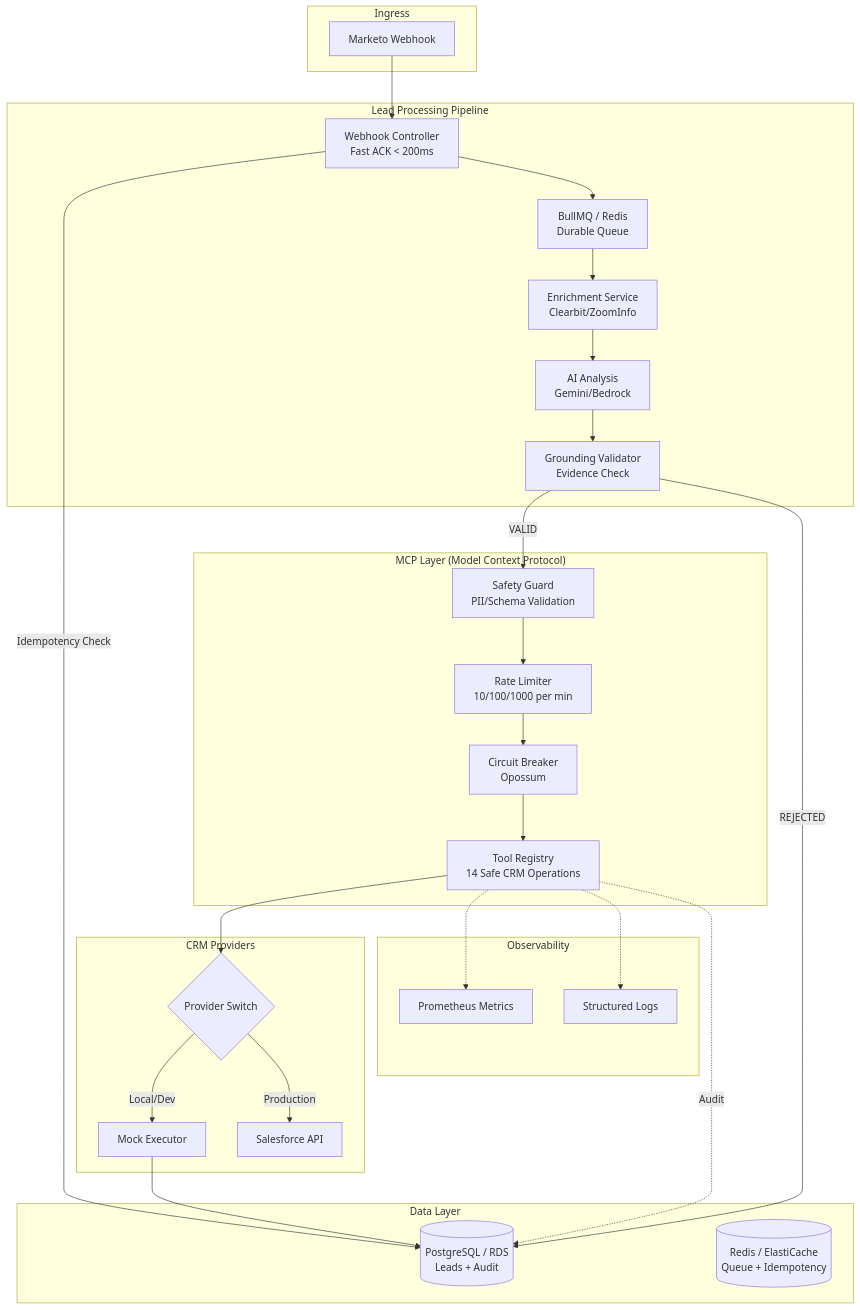
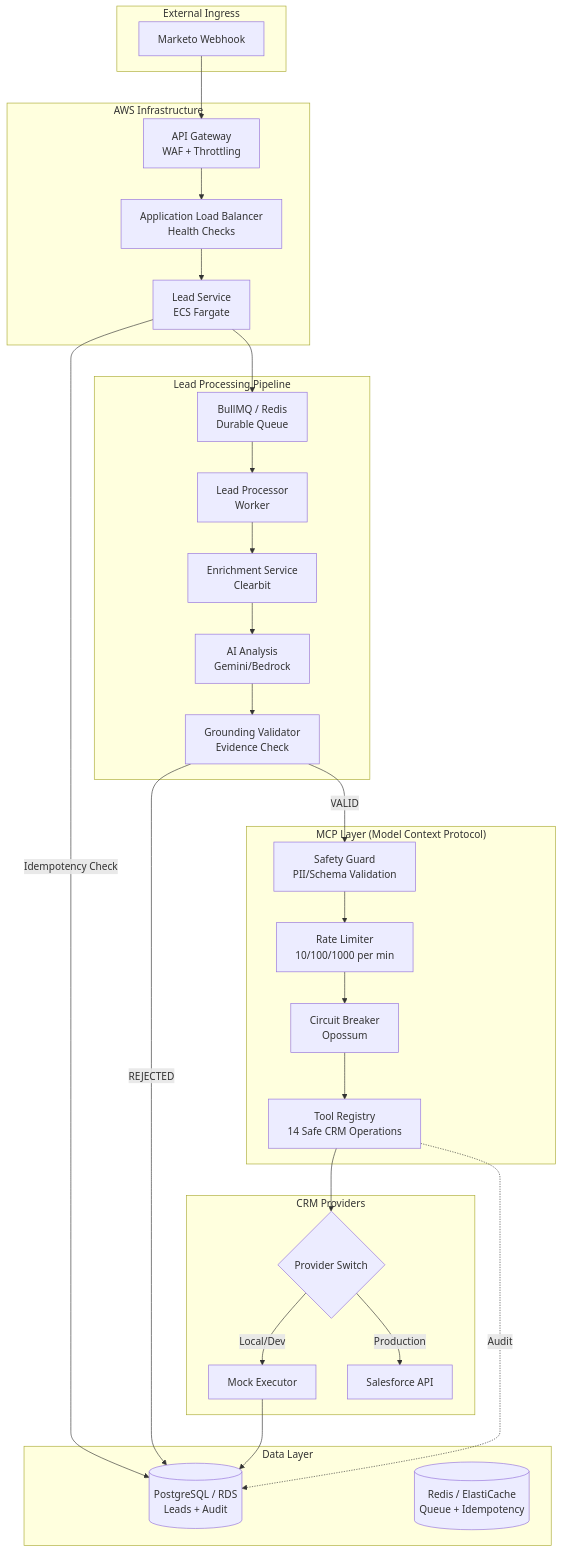
The first of 2 diagrams in README.md (sphoortimirji5/Lead-to-Revenue-Catalyst), drawn with Mermaid before and after one commit. The commit also changed 4 other files, not shown here.

Commit message:
Add AWS infrastructure Terraform: VPC, ALB, ECS with IP allowlist

````diff
--- a/README.md
+++ b/README.md
@@ -38,56 +38,58 @@
 ```mermaid
 flowchart TB
-    subgraph Ingress["Ingress"]
+    subgraph Ingress["External Ingress"]
         M[Marketo Webhook]
     end
 
+    subgraph Infrastructure["AWS Infrastructure"]
+        APIGW[API Gateway<br/>WAF + Throttling]
+        ALB[Application Load Balancer<br/>Health Checks]
+        ECS[Lead Service<br/>ECS Fargate]
+    end
+
     subgraph Pipeline["Lead Processing Pipeline"]
-        C[Webhook Controller<br/>Fast ACK < 200ms]
         Q[BullMQ / Redis<br/>Durable Queue]
-        E[Enrichment Service<br/>Clearbit/ZoomInfo]
+        W[Lead Processor<br/>Worker]
+        E[Enrichment Service<br/>Clearbit]
         AI[AI Analysis<br/>Gemini/Bedrock]
         G[Grounding Validator<br/>Evidence Check]
     end
 
     subgraph MCP["MCP Layer (Model Context Protocol)"]
         S[Safety Guard<br/>PII/Schema Validation]
         R[Rate Limiter<br/>10/100/1000 per min]
         CB[Circuit Breaker<br/>Opossum]
         T[Tool Registry<br/>14 Safe CRM Operations]
     end
 
     subgraph Storage["Data Layer"]
         DB[(PostgreSQL / RDS<br/>Leads + Audit)]
         REDIS[(Redis / ElastiCache<br/>Queue + Idempotency)]
     end
 
     subgraph CRM["CRM Providers"]
         P{Provider Switch}
         MOCK[Mock Executor]
         SF[Salesforce API]
     end
 
-    subgraph Observability["Observability"]
-        MET[Prometheus Metrics]
-        LOG[Structured Logs]
-    end
-
-    M --> C
-    C -->|Idempotency Check| DB
-    C --> Q
-    Q --> E
+    M --> APIGW
+    APIGW --> ALB
+    ALB --> ECS
+    ECS -->|Idempotency Check| DB
+    ECS --> Q
+    Q --> W
+    W --> E
     E --> AI
     AI --> G
     G -->|VALID| S
     G -->|REJECTED| DB
     S --> R
     R --> CB
     CB --> T
     T --> P
     P -->|Local/Dev| MOCK
     P -->|Production| SF
     MOCK --> DB
-    T -.-> MET
-    T -.-> LOG
     T -.->|Audit| DB
 ```
````
